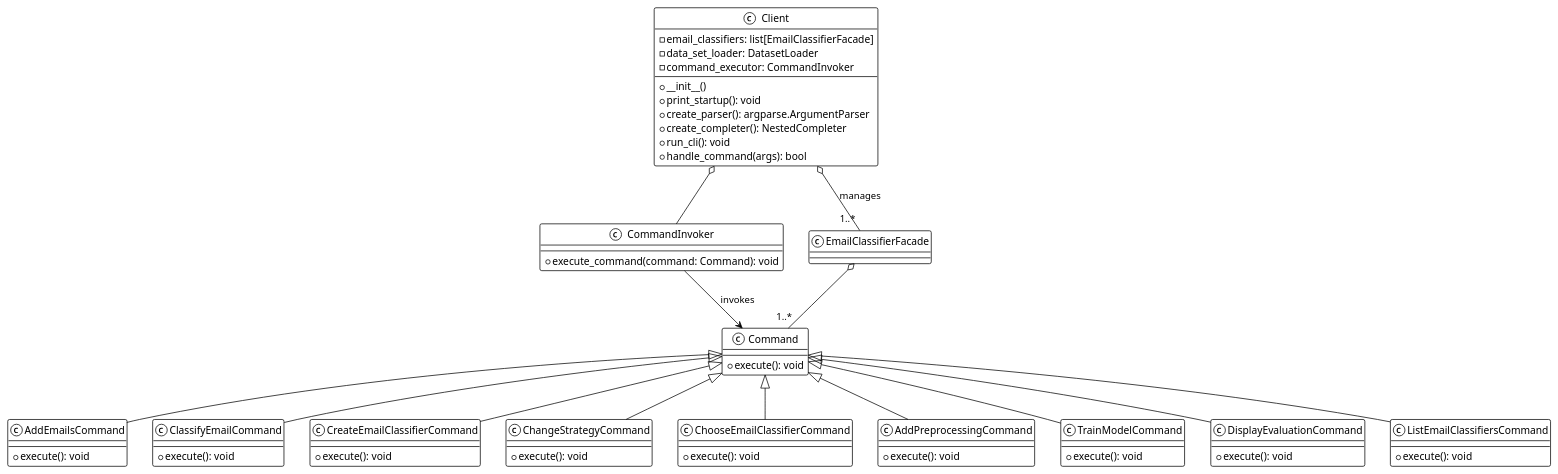
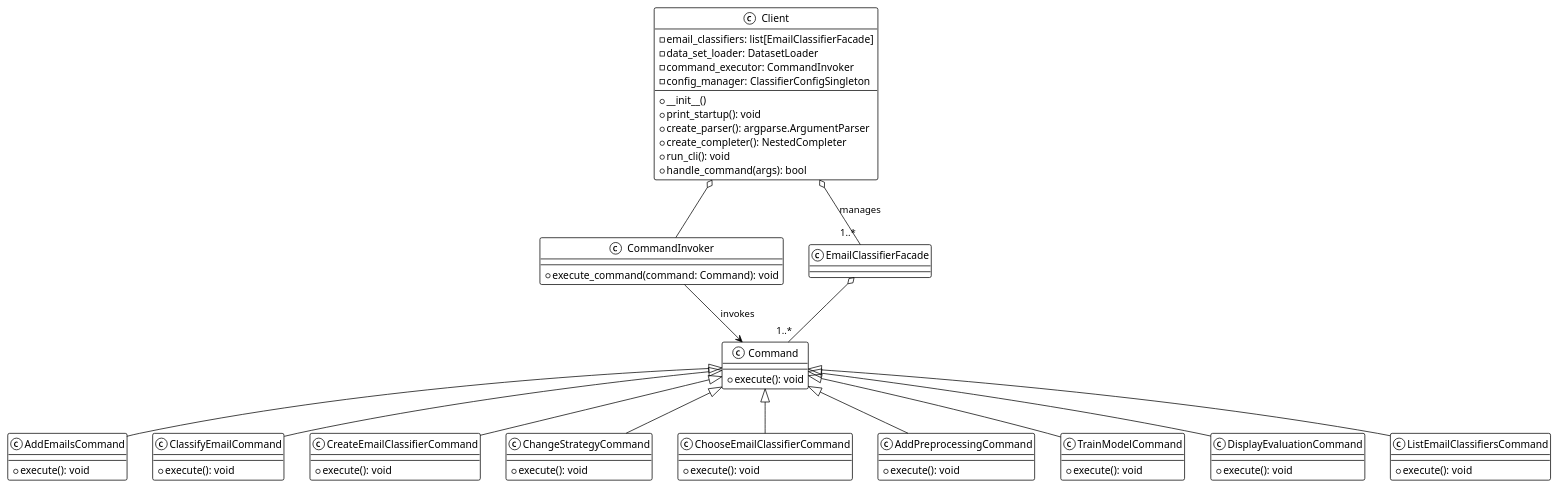
The diagram in uml/client_diagram.wsd (chrnas/email-classifier), drawn with PlantUML before and after one commit. The commit also changed 1 other file, not shown here.

Commit message:
Add singelton uml

```diff
--- a/uml/client_diagram.wsd
+++ b/uml/client_diagram.wsd
@@ -1,77 +1,78 @@
 @startuml
 !theme mono
 
 class Client {
     - email_classifiers: list[EmailClassifierFacade]
     - data_set_loader: DatasetLoader
     - command_executor: CommandInvoker
     + __init__()
     + print_startup(): void
     + create_parser(): argparse.ArgumentParser
     + create_completer(): NestedCompleter
     + run_cli(): void
     + handle_command(args): bool
+    - config_manager: ClassifierConfigSingleton
 }
 
 class CommandInvoker {
     + execute_command(command: Command): void
 }
 
 class Command {
     + execute(): void
 }
 
 class AddEmailsCommand {
     + execute(): void
 }
 
 class ClassifyEmailCommand {
     + execute(): void
 }
 
 class CreateEmailClassifierCommand {
     + execute(): void
 }
 
 class ChangeStrategyCommand {
     + execute(): void
 }
 
 class ChooseEmailClassifierCommand {
     + execute(): void
 }
 
 class AddPreprocessingCommand {
     + execute(): void
 }
 
 class TrainModelCommand {
     + execute(): void
 }
 
 class DisplayEvaluationCommand {
     + execute(): void
 }
 
 class ListEmailClassifiersCommand {
     + execute(): void
 }
 
 class EmailClassifierFacade {
 }
 
 Client o-- "1..*" EmailClassifierFacade : manages
 Client o-- CommandInvoker
 CommandInvoker --> Command : invokes
 Command <|-- AddEmailsCommand
 Command <|-- ClassifyEmailCommand
 Command <|-- CreateEmailClassifierCommand
 Command <|-- ChangeStrategyCommand
 Command <|-- ChooseEmailClassifierCommand
 Command <|-- AddPreprocessingCommand
 Command <|-- TrainModelCommand
 Command <|-- DisplayEvaluationCommand
 Command <|-- ListEmailClassifiersCommand
 EmailClassifierFacade o-- "1..*" Command
 
 @enduml
```
